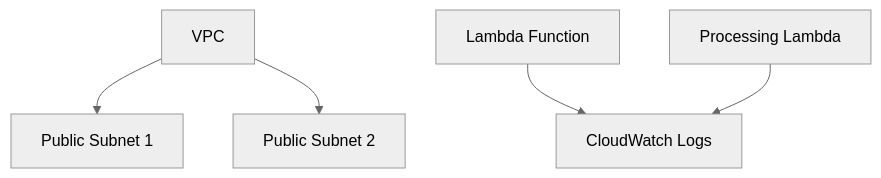
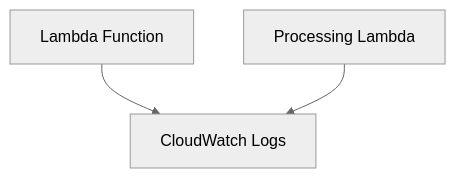
One commit to gokstadakademiet/cloud-2025 changed the diagram in uke_5/md/veiledet-oppgave/aws_4.md. Above: the diagram before and after it, drawn with Mermaid (neutral theme). The commit also changed other lines of this file and 8 other files, not shown here.

````diff
--- a/uke_5/md/veiledet-oppgave/aws_4.md
+++ b/uke_5/md/veiledet-oppgave/aws_4.md
@@ -17,7 +15,5 @@
 ```mermaid
 graph TD
-    A[VPC] --> B[Public Subnet 1]
-    A --> C[Public Subnet 2]
     D[Lambda Function] --> E[CloudWatch Logs]
     F[Processing Lambda] --> E
 ```
````
